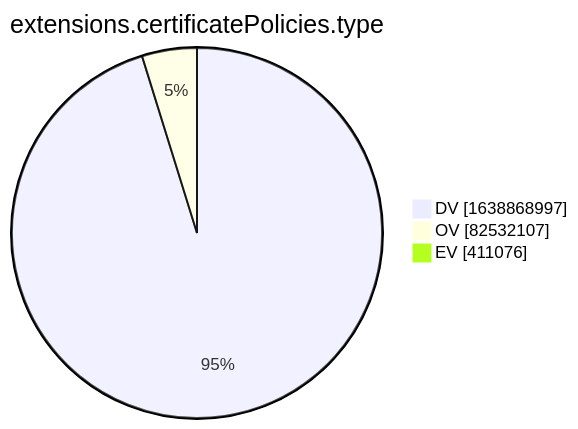
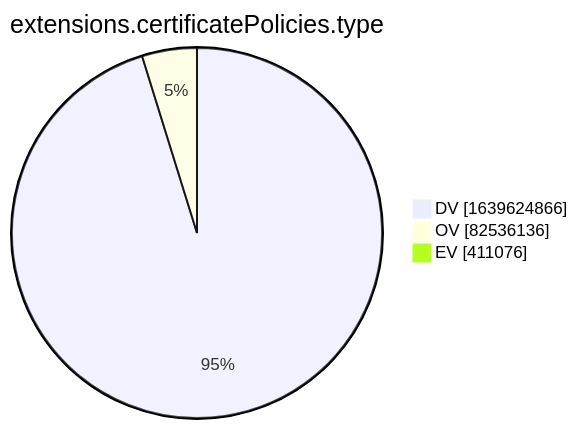
The tenth of 15 diagrams in xenon2022/README.md (christiankrug/ctmonitor_visualization), drawn with Mermaid before and after one commit. The commit also changed other lines of this file, not shown here.

````diff
--- a/xenon2022/README.md
+++ b/xenon2022/README.md
@@ -2879,7 +2879,7 @@
 ```mermaid
 pie showData
 title extensions.certificatePolicies.type
-"DV" :1638868997
-"OV" :82532107
+"DV" :1639624866
+"OV" :82536136
 "EV" :411076
 ```
````
